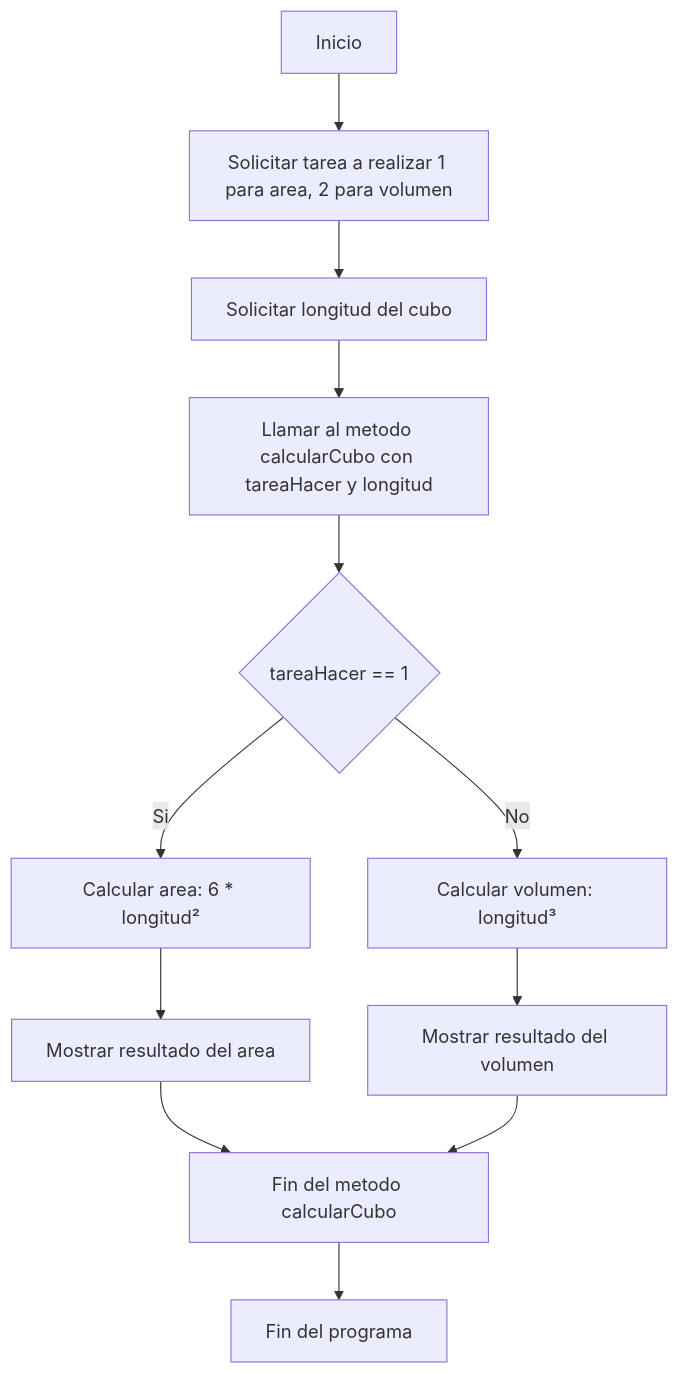
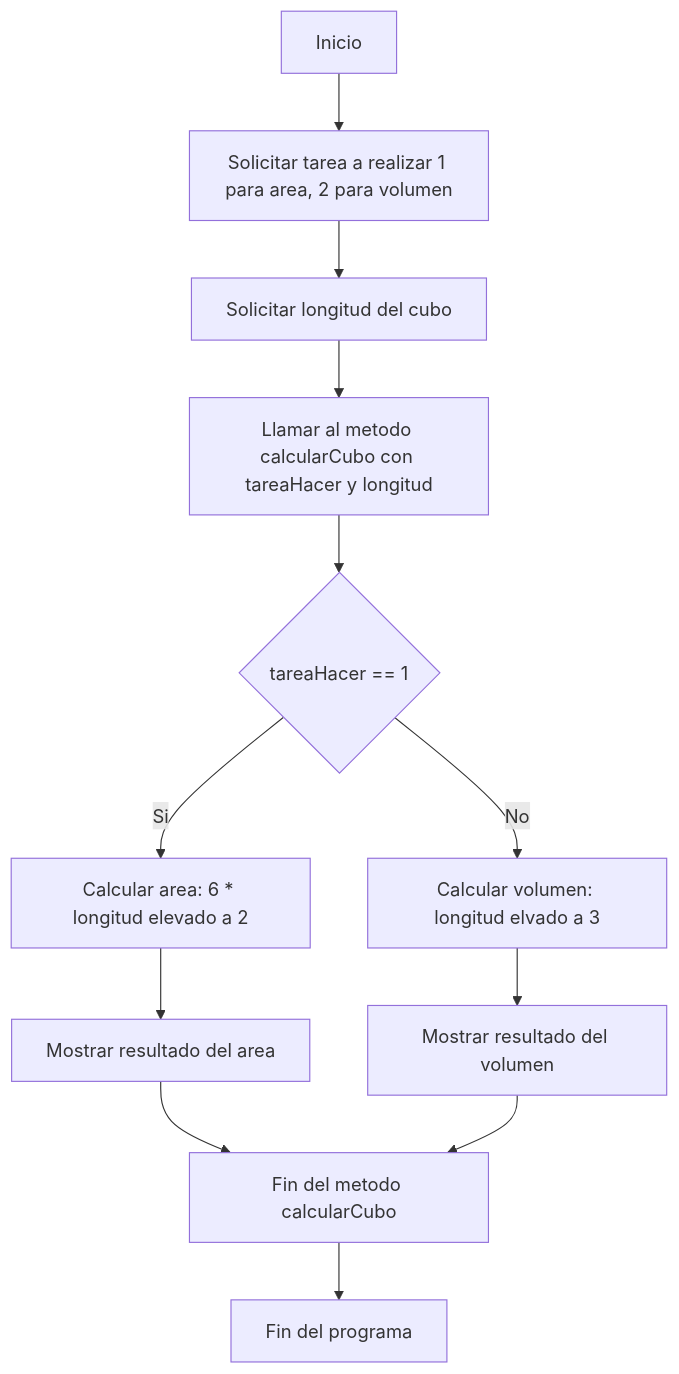
Before and after one commit to Mestosc/PROG: the third of 6 diagrams in Boletin6/README.md, drawn with Mermaid.

Commit message:
Cambiando cosas

````diff
--- a/Boletin6/README.md
+++ b/Boletin6/README.md
@@ -40,16 +40,16 @@
 ```mermaid
 graph TD
     A[Inicio] --> B[Solicitar tarea a realizar 1 para area, 2 para volumen]
     B --> C[Solicitar longitud del cubo]
     C --> D[Llamar al metodo calcularCubo con tareaHacer y longitud]
     D --> E{tareaHacer == 1}
-    E -->|Si| F[Calcular area: 6 * longitud²]
+    E -->|Si| F[Calcular area: 6 * longitud elevado a 2]
     E -->|No| H
-    H[Calcular volumen: longitud³]
+    H[Calcular volumen: longitud elvado a 3]
     F --> I[Mostrar resultado del area]
     H --> J[Mostrar resultado del volumen]
     I --> K[Fin del metodo calcularCubo]
     J --> K
     K --> L[Fin del programa]
 
 ```
````
